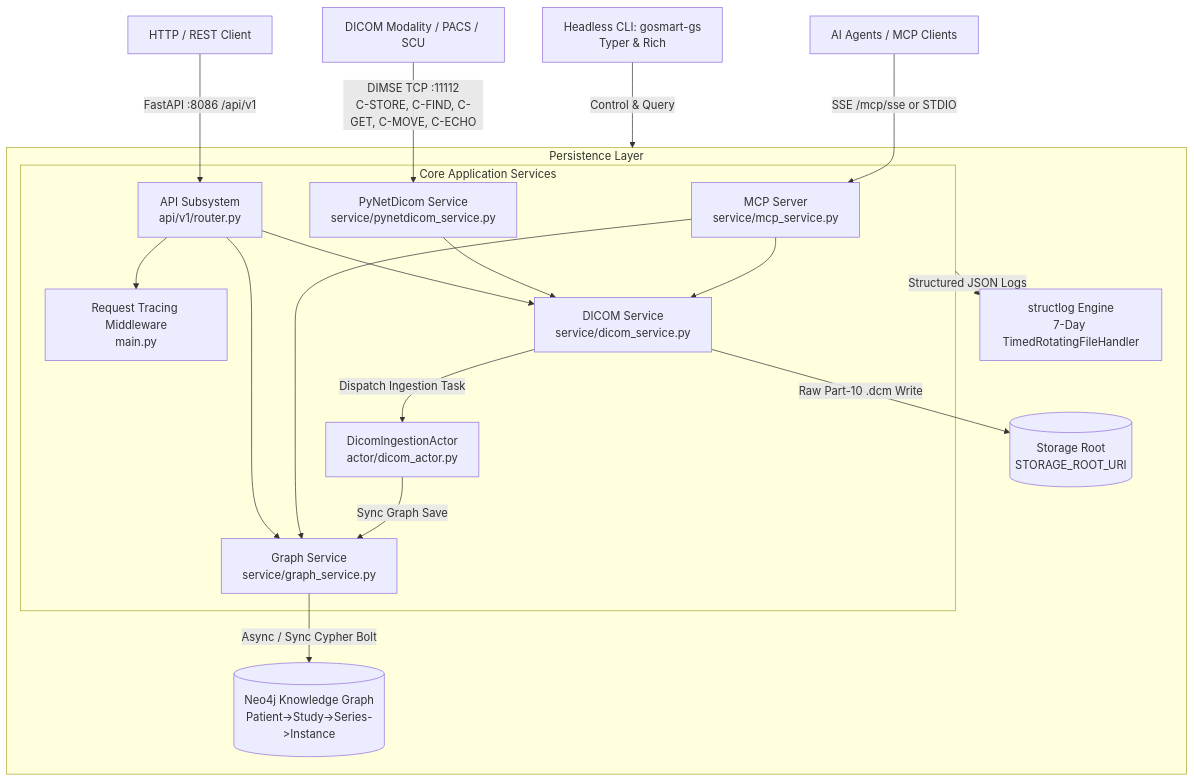
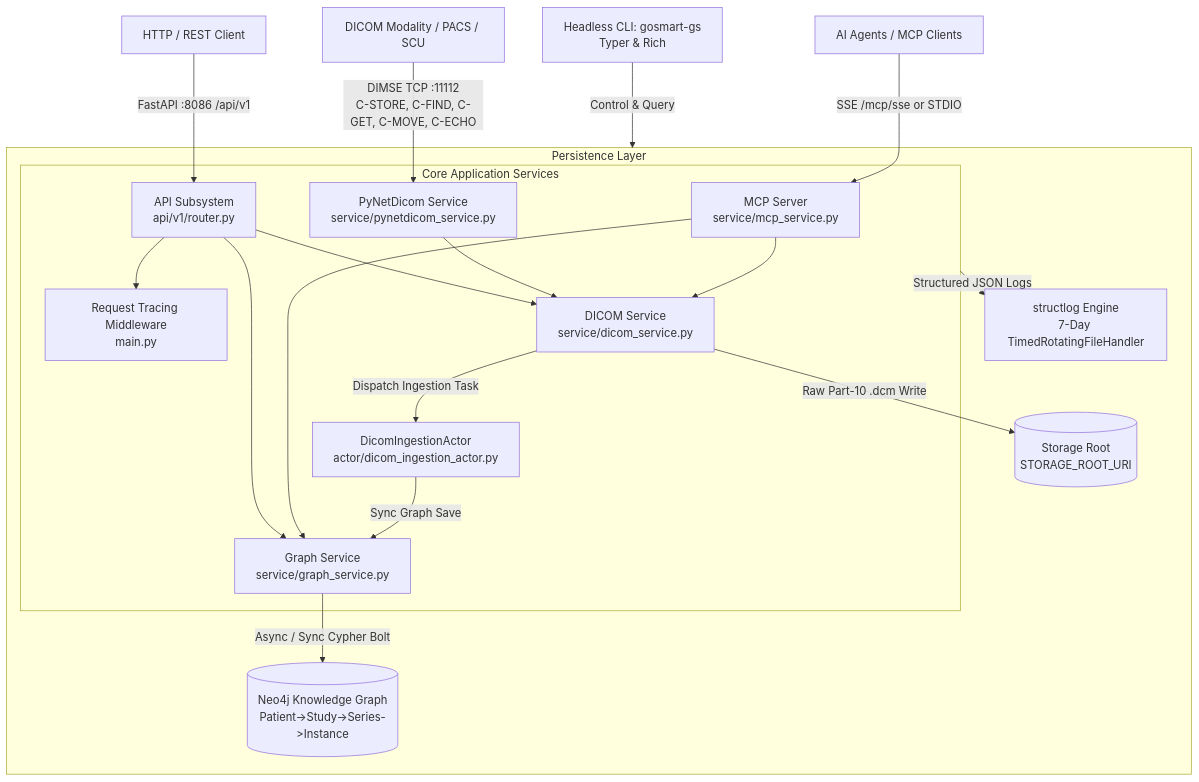
The first of 2 diagrams in docs/design/gsgs_010_system_design_specification.md (gosmart-health/gosmart-graphite), drawn with Mermaid before and after one commit. The commit also changed other lines of this file and 13 other files, not shown here.

Commit message:
(chore) : Renamed dicom_actor.py to dicom_ingestion_actor.py ensure the rest of the sources' import are aligned.

````diff
--- a/docs/design/gsgs_010_system_design_specification.md
+++ b/docs/design/gsgs_010_system_design_specification.md
@@ -23,25 +23,25 @@
 ```mermaid
 graph TD
     CLI[Headless CLI: gosmart-gs<br/>Typer & Rich] -->|Control & Query| CoreServices
     MCPAgent[AI Agents / MCP Clients] -->|SSE /mcp/sse or STDIO| MCPServer[MCP Server<br/>service/mcp_service.py]
     RemoteSCU[DICOM Modality / PACS / SCU] -->|DIMSE TCP :11112<br/>C-STORE, C-FIND, C-GET, C-MOVE, C-ECHO| PyNetDicom[PyNetDicom Service<br/>service/pynetdicom_service.py]
     RESTClient[HTTP / REST Client] -->|FastAPI :8086 /api/v1| APIRouter[API Subsystem<br/>api/v1/router.py]
 
     subgraph CoreServices [Core Application Services]
         APIRouter --> StructlogMW[Request Tracing Middleware<br/>main.py]
         MCPServer --> DicomService[DICOM Service<br/>service/dicom_service.py]
         PyNetDicom --> DicomService
         APIRouter --> DicomService
         
-        DicomService -->|Dispatch Ingestion Task| PykkaActor[DicomIngestionActor<br/>actor/dicom_actor.py]
+        DicomService -->|Dispatch Ingestion Task| PykkaActor[DicomIngestionActor<br/>actor/dicom_ingestion_actor.py]
         PykkaActor -->|Sync Graph Save| GraphService[Graph Service<br/>service/graph_service.py]
         MCPServer --> GraphService
         APIRouter --> GraphService
     end
 
     subgraph StorageAndPersistence [Persistence Layer]
         DicomService -->|Raw Part-10 .dcm Write| FileStorage[(Storage Root<br/>STORAGE_ROOT_URI)]
         GraphService -->|Async / Sync Cypher Bolt| Neo4jDB[(Neo4j Knowledge Graph<br/>Patient->Study->Series->Instance)]
         CoreServices -->|Structured JSON Logs| LogEngine[structlog Engine<br/>7-Day TimedRotatingFileHandler]
     end
 ```
````
